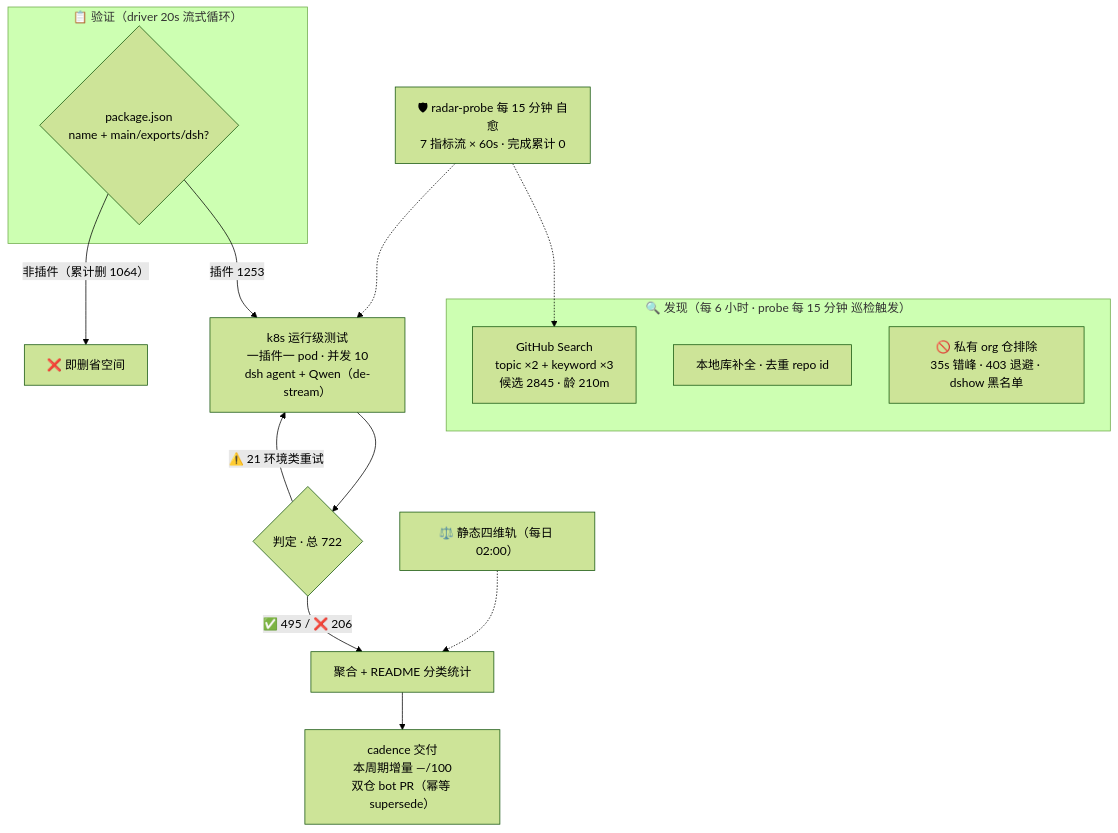
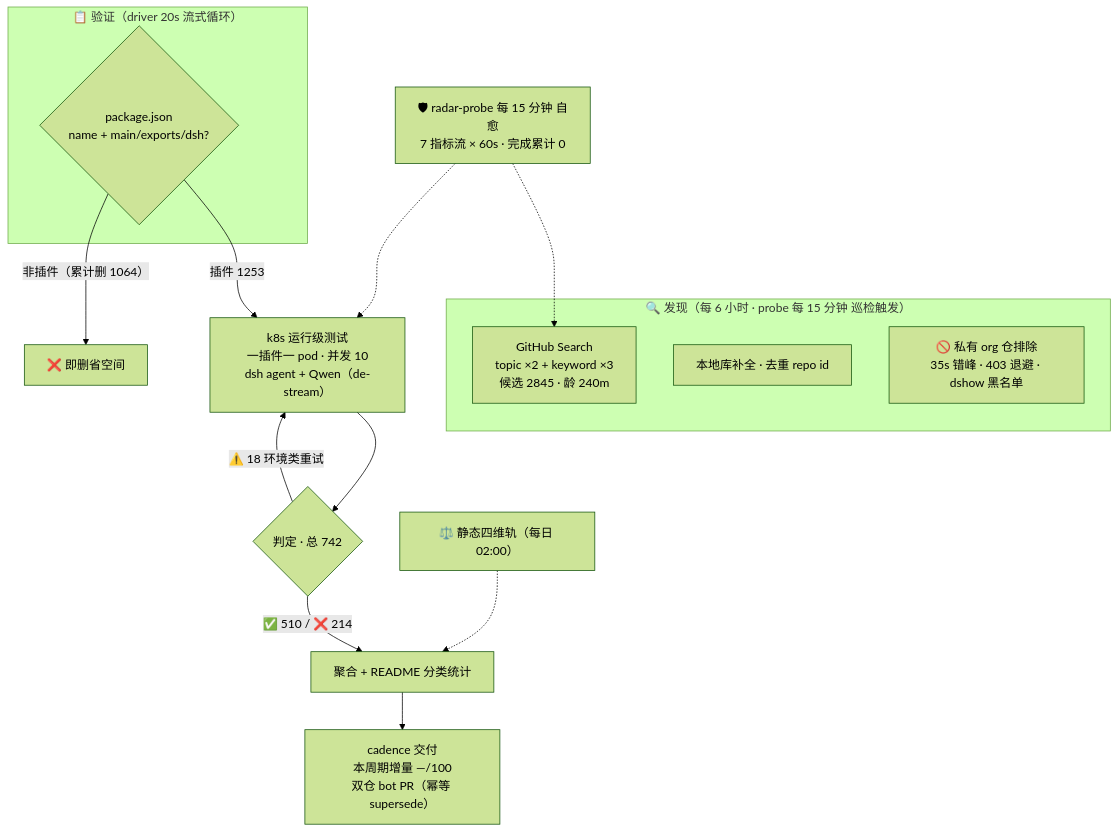
The diagram in README.md (Zhidao-Lab-OSS/awesome-dsh-plugins), drawn with Mermaid (forest theme) before and after one commit. The commit also changed other lines of this file and 1 other file, not shown here.

````diff
--- a/README.md
+++ b/README.md
@@ -32,20 +32,20 @@
 ```mermaid
 flowchart TB
     subgraph Discovery["🔍 发现（每 6 小时 · probe 每 15 分钟 巡检触发）"]
-        A1["GitHub Search<br/>topic ×2 + keyword ×3<br/>候选 2845 · 龄 210m"]
+        A1["GitHub Search<br/>topic ×2 + keyword ×3<br/>候选 2845 · 龄 240m"]
         A2["本地库补全 · 去重 repo id"]
         A3["🚫 私有 org 仓排除<br/>35s 错峰 · 403 退避 · dshow 黑名单"]
     end
     subgraph Validation["📋 验证（driver 20s 流式循环）"]
         B1{"package.json<br/>name + main/exports/dsh?"}
     end
     B1 -->|"插件 1253"| C1["k8s 运行级测试<br/>一插件一 pod · 并发 10<br/>dsh agent + Qwen（de-stream）"]
     B1 -->|"非插件（累计删 1064）"| B3["❌ 即删省空间"]
-    C1 --> D1{"判定 · 总 722"}
-    D1 -->|"✅ 495 / ❌ 206"| E1["聚合 + README 分类统计"]
-    D1 -->|"⚠️ 21 环境类重试"| C1
+    C1 --> D1{"判定 · 总 742"}
+    D1 -->|"✅ 510 / ❌ 214"| E1["聚合 + README 分类统计"]
+    D1 -->|"⚠️ 18 环境类重试"| C1
     E1 --> E2["cadence 交付<br/>本周期增量 —/100<br/>双仓 bot PR（幂等 supersede）"]
     S["⚖️ 静态四维轨（每日 02:00）"] -.-> E1
     M["🛡 radar-probe 每 15 分钟 自愈<br/>7 指标流 × 60s · 完成累计 0"] -.-> A1
     M -.-> C1
 ```
````
